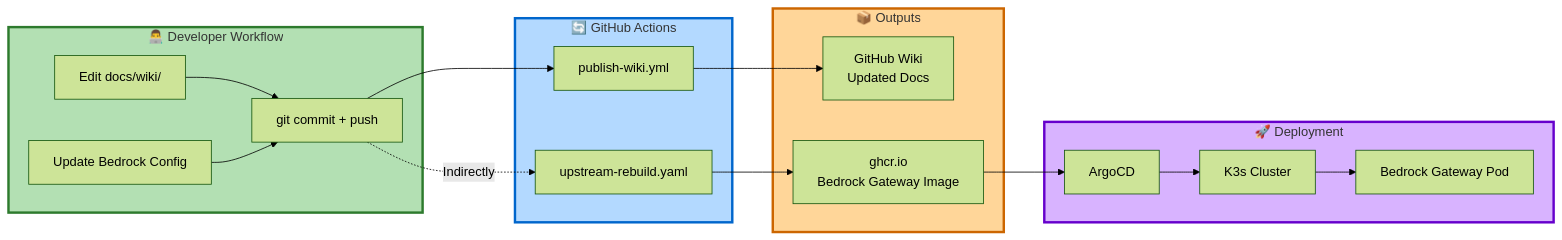
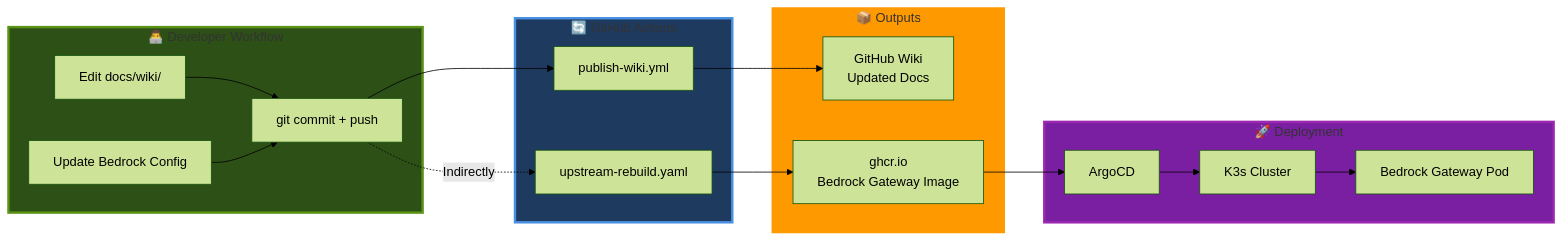
Before and after one commit to seadogger-tech/seadogger-homelab: the fourth of 4 diagrams in docs/wiki/15-CI-CD-and-GitHub-Actions.md, drawn with Mermaid (forest theme). The commit also changed other lines of this file and 1 other file, not shown here.

Commit message:
Revert to original dark color scheme for diagram blocks
Reverted all Mermaid diagram colors back to original dark theme:
- Green theme: fill:#2d5016, stroke:#5a9216
- Blue theme: fill:#1e3a5f, stroke:#4a90e2
- Dark blue K3s: fill:#2c5aa0, stroke:#4a90e2
- Purple theme: fill:#7b1fa2, stroke:#9c27b0
- Brown/hardware: fill:#8b4513, stroke:#d2691e
- AWS orange: fill:#ff9900, stroke:#ff9900
- GitHub dark: fill:#24292e, stroke:#ffffff
- Yellow warning: fill:#ffeb3b, stroke:#fbc02d

The pastel and medium-tone color experiments were overwhelming.
Original dark colors look best in dark mode and are still readable in light mode.
Connection lines between blocks use Mermaid's default styling which works in both modes.

Updated files:
- 02-Architecture.md: All 6 diagrams restored to original colors
- 15-CI-CD-and-GitHub-Actions.md: All 2 diagrams restored to original colors

🤖 Generated with [Claude Code](https://claude.com/claude-code)

````diff
--- a/docs/wiki/15-CI-CD-and-GitHub-Actions.md
+++ b/docs/wiki/15-CI-CD-and-GitHub-Actions.md
@@ -210,41 +210,41 @@
 ```mermaid
 graph LR
     subgraph Developer["👨‍💻 Developer Workflow"]
         EditWiki[Edit docs/wiki/]
         EditCode[Update Bedrock Config]
         Commit[git commit + push]
     end
 
     subgraph GitHub["🔄 GitHub Actions"]
         WikiAction[publish-wiki.yml]
         BedrockAction[upstream-rebuild.yaml]
     end
 
     subgraph Outputs["📦 Outputs"]
         WikiSite[GitHub Wiki<br/>Updated Docs]
         GHCRImage[ghcr.io<br/>Bedrock Gateway Image]
     end
 
     subgraph Deployment["🚀 Deployment"]
         ArgoCD[ArgoCD]
         K3sCluster[K3s Cluster]
         BedrockPod[Bedrock Gateway Pod]
     end
 
     EditWiki --> Commit
     EditCode --> Commit
     Commit --> WikiAction
     Commit -.->|Indirectly| BedrockAction
 
     WikiAction --> WikiSite
     BedrockAction --> GHCRImage
 
     GHCRImage --> ArgoCD
     ArgoCD --> K3sCluster
     K3sCluster --> BedrockPod
 
-    style Developer fill:#b3e0b3,stroke:#2d7a2d,stroke-width:3px
-    style GitHub fill:#b3d9ff,stroke:#0066cc,stroke-width:3px
-    style Outputs fill:#ffd699,stroke:#cc6600,stroke-width:3px
-    style Deployment fill:#d8b3ff,stroke:#6600cc,stroke-width:3px
+    style Developer fill:#2d5016,stroke:#5a9216,stroke-width:3px
+    style GitHub fill:#1e3a5f,stroke:#4a90e2,stroke-width:3px
+    style Outputs fill:#ff9900,stroke:#ff9900,stroke-width:3px
+    style Deployment fill:#7b1fa2,stroke:#9c27b0,stroke-width:3px
 ```
````
